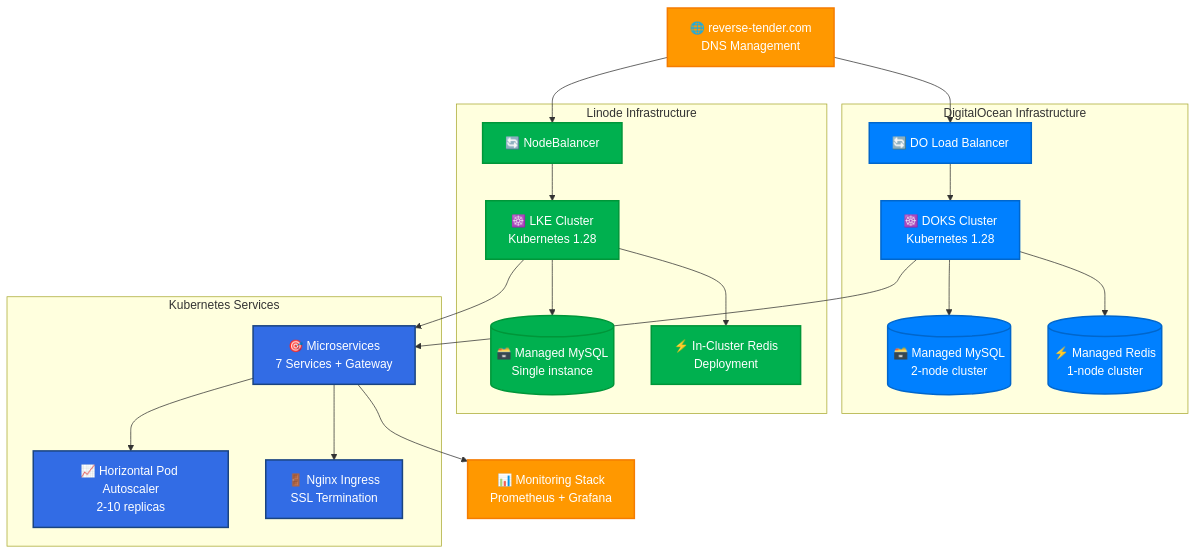
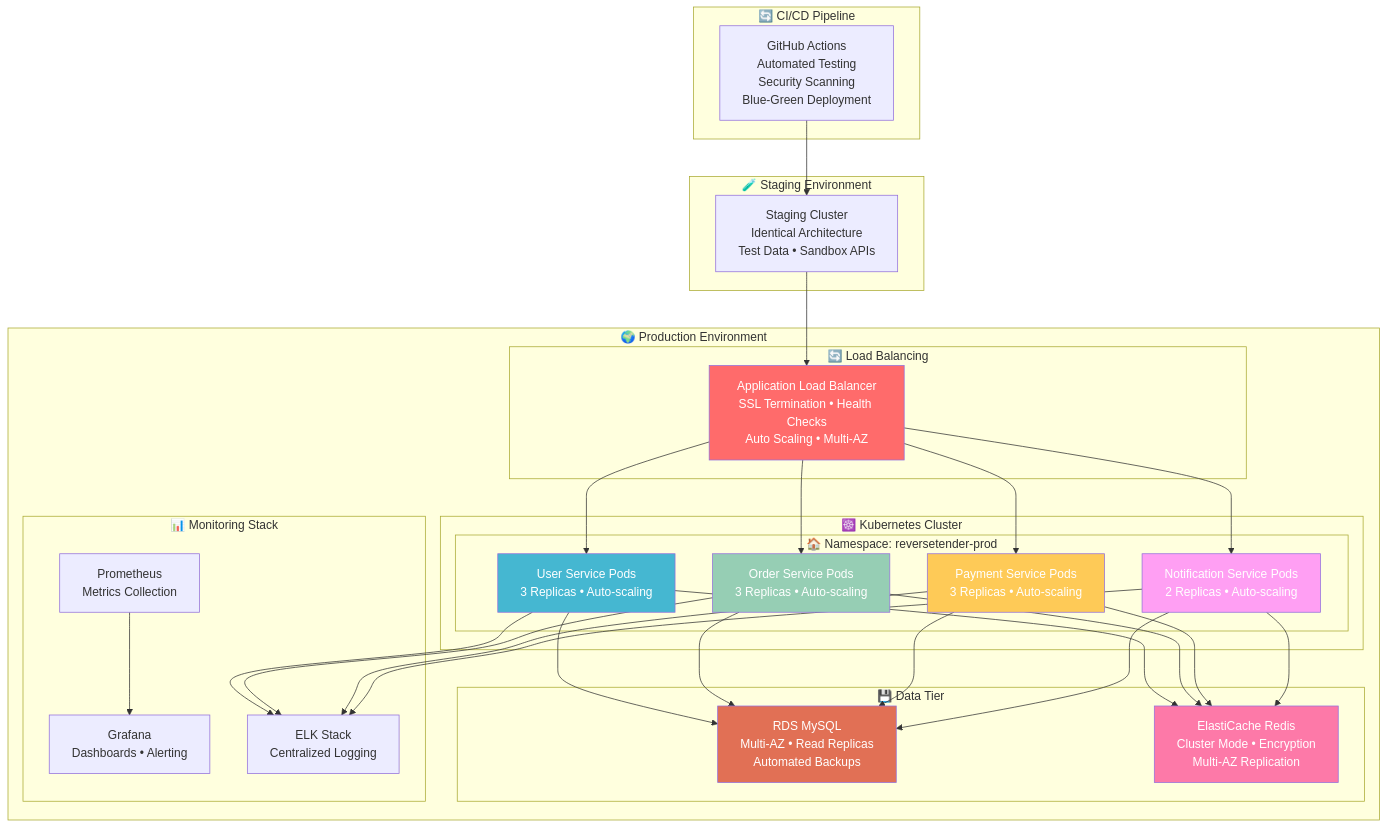
Before and after one commit to abdoElHodaky/larvrevrstender: the third of 11 diagrams in README.md, drawn with Mermaid. The commit also changed other lines of this file, not shown here.

````diff
--- a/README.md
+++ b/README.md
@@ -157,54 +129,68 @@
 ```mermaid
 graph TB
-    subgraph "DigitalOcean Infrastructure"
-        DO_LB[🔄 DO Load Balancer]
-        DO_K8S[☸️ DOKS Cluster<br/>Kubernetes 1.28]
-        DO_DB[(🗃️ Managed MySQL<br/>2-node cluster)]
-        DO_REDIS[(⚡ Managed Redis<br/>1-node cluster)]
+    subgraph "🌍 Production Environment"
+        subgraph "🔄 Load Balancing"
+            ALB[Application Load Balancer<br/>SSL Termination • Health Checks<br/>Auto Scaling • Multi-AZ]
+        end
         
-        DO_LB --> DO_K8S
-        DO_K8S --> DO_DB
-        DO_K8S --> DO_REDIS
+        subgraph "☸️ Kubernetes Cluster"
+            subgraph "🏠 Namespace: reversetender-prod"
+                POD1[User Service Pods<br/>3 Replicas • Auto-scaling]
+                POD2[Order Service Pods<br/>3 Replicas • Auto-scaling]
+                POD3[Payment Service Pods<br/>3 Replicas • Auto-scaling]
+                POD4[Notification Service Pods<br/>2 Replicas • Auto-scaling]
+            end
+        end
+        
+        subgraph "💾 Data Tier"
+            RDS[RDS MySQL<br/>Multi-AZ • Read Replicas<br/>Automated Backups]
+            ELASTICACHE[ElastiCache Redis<br/>Cluster Mode • Encryption<br/>Multi-AZ Replication]
+        end
+        
+        subgraph "📊 Monitoring Stack"
+            PROM[Prometheus<br/>Metrics Collection]
+            GRAF[Grafana<br/>Dashboards • Alerting]
+            ELK[ELK Stack<br/>Centralized Logging]
+        end
     end
     
-    subgraph "Linode Infrastructure"
-        LN_LB[🔄 NodeBalancer]
-        LN_K8S[☸️ LKE Cluster<br/>Kubernetes 1.28]
-        LN_DB[(🗃️ Managed MySQL<br/>Single instance)]
-        LN_REDIS[⚡ In-Cluster Redis<br/>Deployment]
-        
-        LN_LB --> LN_K8S
-        LN_K8S --> LN_DB
-        LN_K8S --> LN_REDIS
+    subgraph "🧪 Staging Environment"
+        STAGE[Staging Cluster<br/>Identical Architecture<br/>Test Data • Sandbox APIs]
     end
     
-    subgraph "Kubernetes Services"
-        K8S_SERVICES[🎯 Microservices<br/>7 Services + Gateway]
-        K8S_HPA[📈 Horizontal Pod Autoscaler<br/>2-10 replicas]
-        K8S_INGRESS[🚪 Nginx Ingress<br/>SSL Termination]
+    subgraph "🔄 CI/CD Pipeline"
+        GH[GitHub Actions<br/>Automated Testing<br/>Security Scanning<br/>Blue-Green Deployment]
     end
     
-    %% External Services
-    DOMAIN[🌐 reverse-tender.com<br/>DNS Management]
-    MONITORING[📊 Monitoring Stack<br/>Prometheus + Grafana]
+    ALB --> POD1
+    ALB --> POD2
+    ALB --> POD3
+    ALB --> POD4
     
-    %% Connections
-    DOMAIN --> DO_LB
-    DOMAIN --> LN_LB
-    DO_K8S --> K8S_SERVICES
-    LN_K8S --> K8S_SERVICES
-    K8S_SERVICES --> K8S_HPA
-    K8S_SERVICES --> K8S_INGRESS
-    K8S_SERVICES --> MONITORING
+    POD1 --> RDS
+    POD2 --> RDS
+    POD3 --> RDS
+    POD4 --> RDS
     
-    %% Styling
-    classDef doStyle fill:#0080ff,color:#fff,stroke:#0066cc,stroke-width:2px
-    classDef lnStyle fill:#00b04f,color:#fff,stroke:#009639,stroke-width:2px
-    classDef k8sStyle fill:#326ce5,color:#fff,stroke:#1a4480,stroke-width:2px
-    classDef externalStyle fill:#ff9800,color:#fff,stroke:#f57c00,stroke-width:2px
+    POD1 --> ELASTICACHE
+    POD2 --> ELASTICACHE
+    POD3 --> ELASTICACHE
+    POD4 --> ELASTICACHE
     
-    class DO_LB,DO_K8S,DO_DB,DO_REDIS doStyle
-    class LN_LB,LN_K8S,LN_DB,LN_REDIS lnStyle
-    class K8S_SERVICES,K8S_HPA,K8S_INGRESS k8sStyle
-    class DOMAIN,MONITORING externalStyle
+    PROM --> GRAF
+    POD1 --> ELK
+    POD2 --> ELK
+    POD3 --> ELK
+    POD4 --> ELK
+    
+    GH --> STAGE
+    STAGE --> ALB
+    
+    style ALB fill:#ff6b6b,color:#fff
+    style POD1 fill:#45b7d1,color:#fff
+    style POD2 fill:#96ceb4,color:#fff
+    style POD3 fill:#feca57,color:#fff
+    style POD4 fill:#ff9ff3,color:#fff
+    style RDS fill:#e17055,color:#fff
+    style ELASTICACHE fill:#fd79a8,color:#fff
 ```
````
